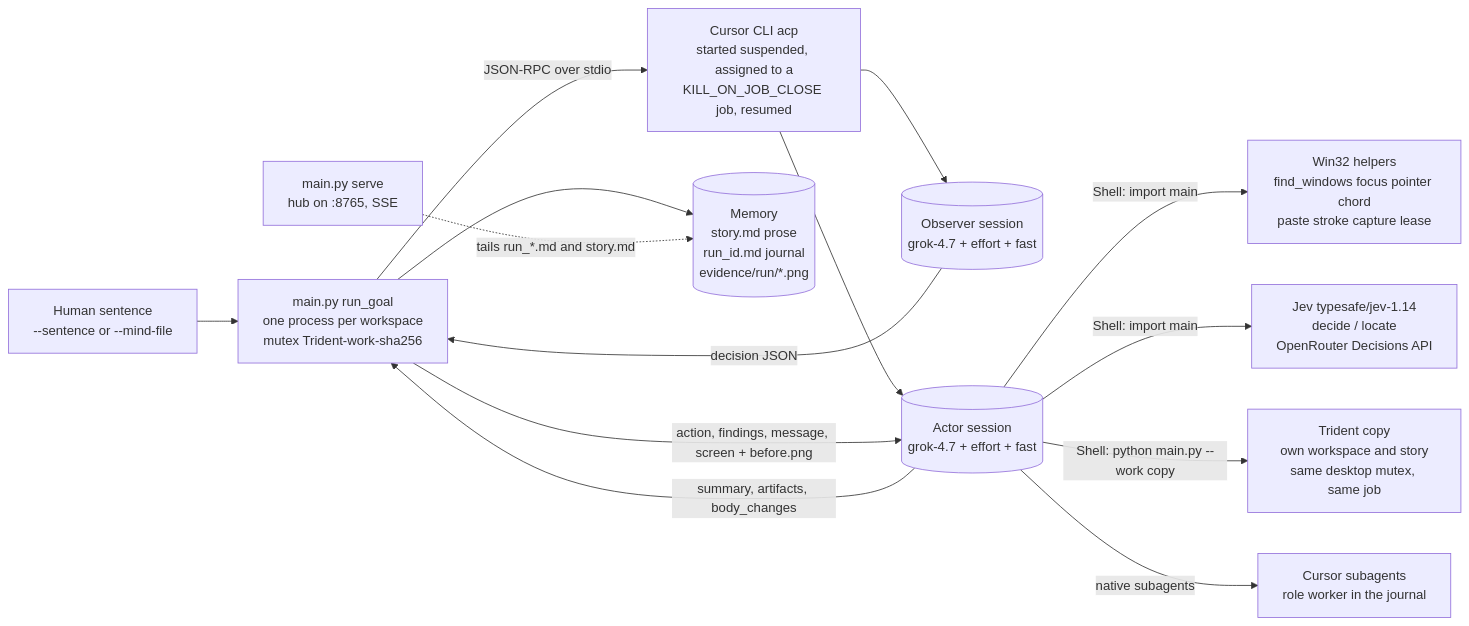
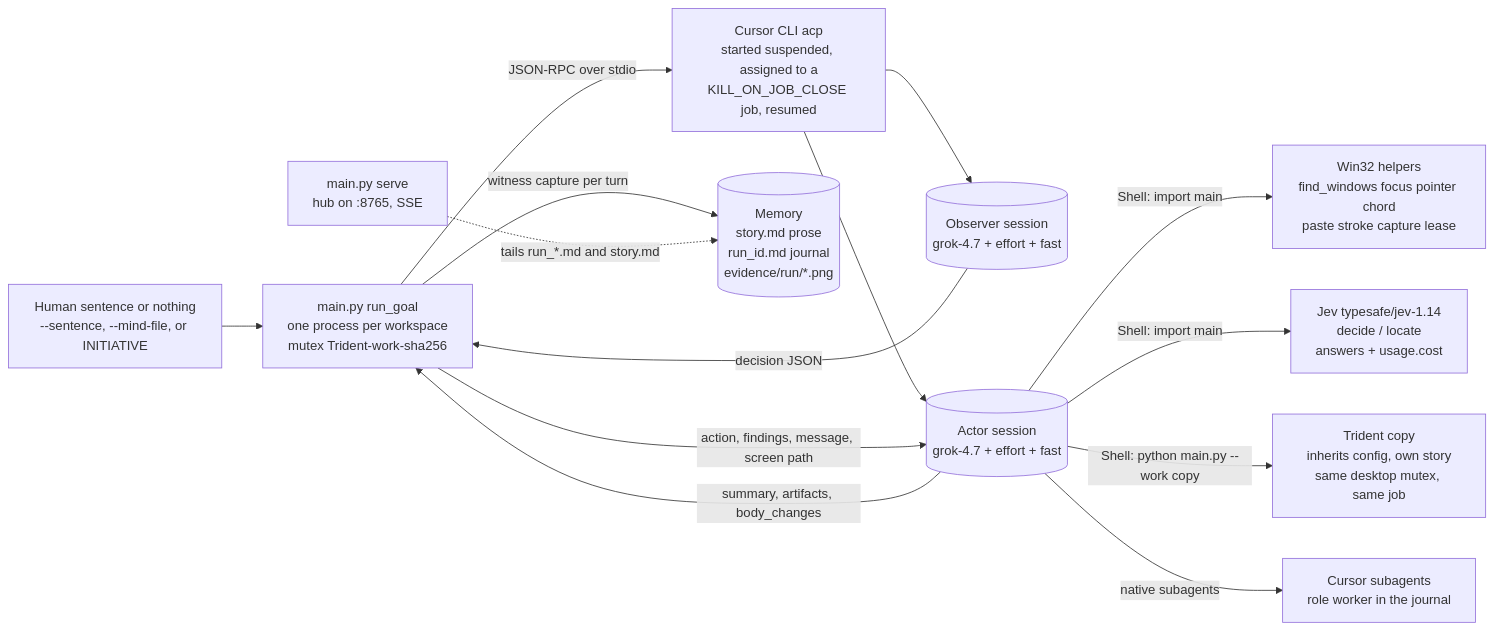
One commit to wgabrys88/Trident changed the first of 6 diagrams in README.md. Above: the diagram before and after it, drawn with Mermaid. The commit also changed other lines of this file and 3 other files, not shown here.

````diff
--- a/README.md
+++ b/README.md
@@ -50,16 +51,16 @@
 ```mermaid
 flowchart LR
-  H["Human sentence<br/>--sentence or --mind-file"] --> C["main.py run_goal<br/>one process per workspace<br/>mutex Trident-work-sha256"]
+  H["Human sentence or nothing<br/>--sentence, --mind-file, or INITIATIVE"] --> C["main.py run_goal<br/>one process per workspace<br/>mutex Trident-work-sha256"]
   C -->|"JSON-RPC over stdio"| A["Cursor CLI acp<br/>started suspended, assigned to a<br/>KILL_ON_JOB_CLOSE job, resumed"]
   A --> O[("Observer session<br/>grok-4.7 + effort + fast")]
   A --> T[("Actor session<br/>grok-4.7 + effort + fast")]
   O -->|"decision JSON"| C
-  C -->|"action, findings, message, screen + before.png"| T
+  C -->|"action, findings, message, screen path"| T
   T -->|"summary, artifacts, body_changes"| C
   T -->|"Shell: import main"| W["Win32 helpers<br/>find_windows focus pointer chord<br/>paste stroke capture lease"]
-  T -->|"Shell: import main"| J["Jev typesafe/jev-1.14<br/>decide / locate<br/>OpenRouter Decisions API"]
-  T -->|"Shell: python main.py --work copy"| C2["Trident copy<br/>own workspace and story<br/>same desktop mutex, same job"]
+  T -->|"Shell: import main"| J["Jev typesafe/jev-1.14<br/>decide / locate<br/>answers + usage.cost"]
+  T -->|"Shell: python main.py --work copy"| C2["Trident copy<br/>inherits config, own story<br/>same desktop mutex, same job"]
   T -->|"native subagents"| S["Cursor subagents<br/>role worker in the journal"]
-  C --> M[("Memory<br/>story.md prose<br/>run_id.md journal<br/>evidence/run/*.png")]
+  C -->|"witness capture per turn"| M[("Memory<br/>story.md prose<br/>run_id.md journal<br/>evidence/run/*.png")]
   V["main.py serve<br/>hub on :8765, SSE"] -. "tails run_*.md and story.md" .-> M
 ```
````
